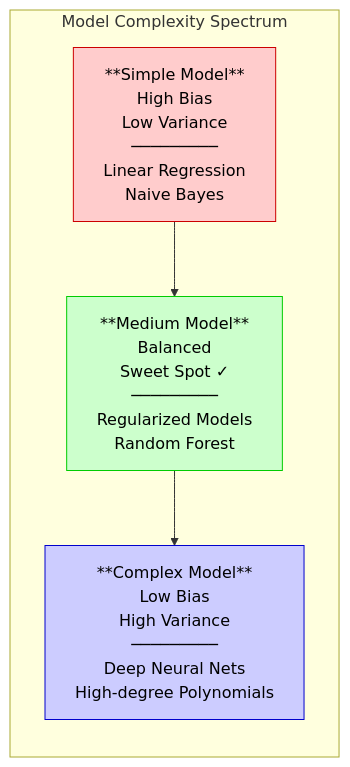
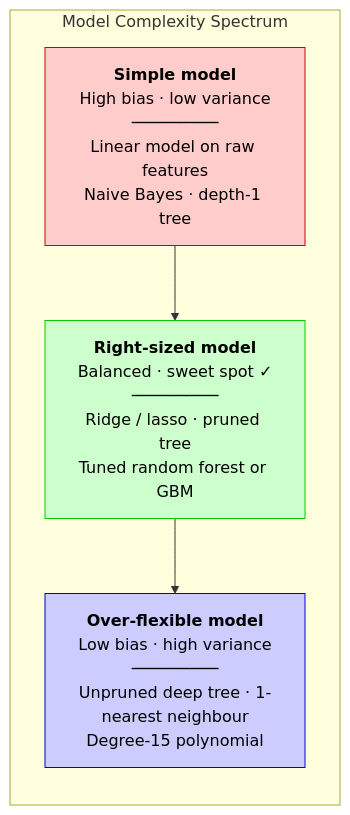
Before and after one commit to Hmago/ml4: the first of 47 diagrams in content/34_google_top10_ml_interview.md, drawn with Mermaid. The commit also changed other lines of this file and 59 other files, not shown here.

````diff
--- a/content/34_google_top10_ml_interview.md
+++ b/content/34_google_top10_ml_interview.md
@@ -126,11 +138,11 @@
 ```mermaid
 graph LR
     subgraph "Model Complexity Spectrum"
-        A["**Simple Model**<br/>High Bias<br/>Low Variance<br/>─────────<br/>Linear Regression<br/>Naive Bayes"] --> B["**Medium Model**<br/>Balanced<br/>Sweet Spot ✓<br/>─────────<br/>Regularized Models<br/>Random Forest"]
-        B --> C["**Complex Model**<br/>Low Bias<br/>High Variance<br/>─────────<br/>Deep Neural Nets<br/>High-degree Polynomials"]
+        A["<b>Simple model</b><br/>High bias · low variance<br/>─────────<br/>Linear model on raw features<br/>Naive Bayes · depth-1 tree"] --> B["<b>Right-sized model</b><br/>Balanced · sweet spot ✓<br/>─────────<br/>Ridge / lasso · pruned tree<br/>Tuned random forest or GBM"]
+        B --> C["<b>Over-flexible model</b><br/>Low bias · high variance<br/>─────────<br/>Unpruned deep tree · 1-nearest neighbour<br/>Degree-15 polynomial"]
     end
 
     style A fill:#ffcccc,stroke:#cc0000,color:#000
     style B fill:#ccffcc,stroke:#00cc00,color:#000
     style C fill:#ccccff,stroke:#0000cc,color:#000
 ```
````
